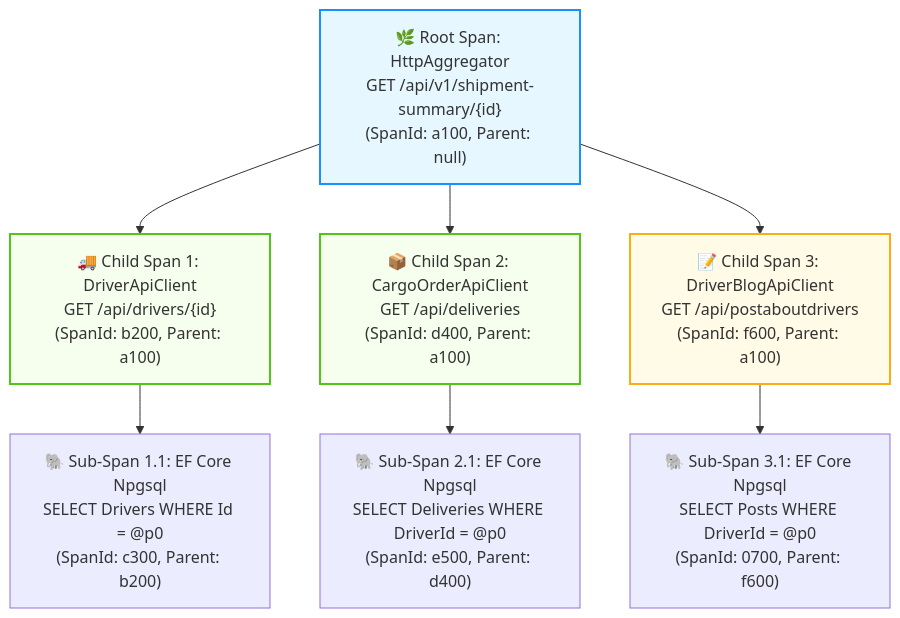
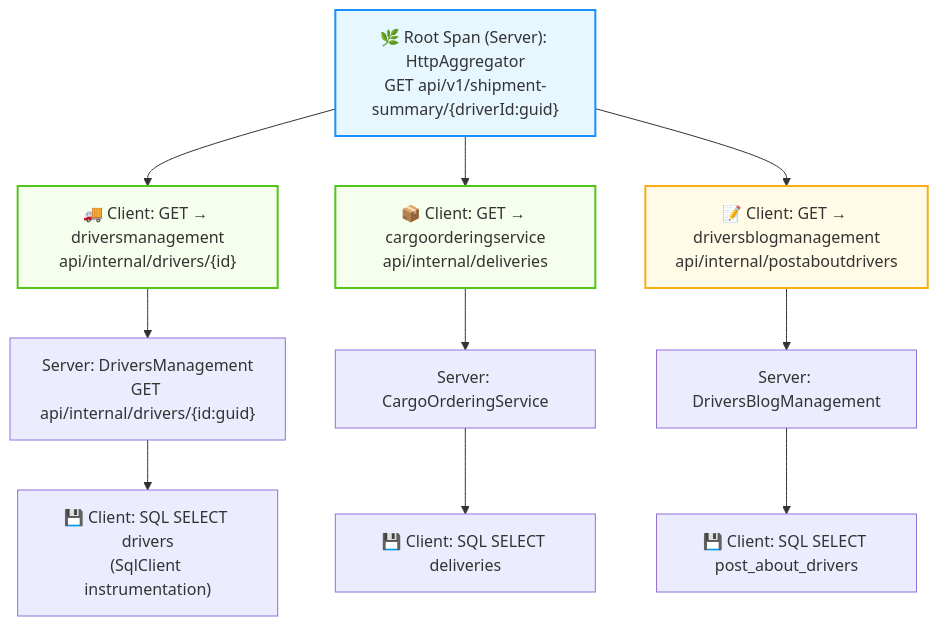
One commit to MrTomkaYurii/Demo-CargoDeliveryService changed the second of 6 diagrams in 02-Microservices-Craftsman/02-01-Aspire-Documentation/04_Distributed_Tracing_OpenTelemetry_Guide.md. Above: the diagram before and after it, drawn with Mermaid. The commit also changed other lines of this file and 227 other files, not shown here.

````diff
--- a/02-Microservices-Craftsman/02-01-Aspire-Documentation/04_Distributed_Tracing_OpenTelemetry_Guide.md
+++ b/02-Microservices-Craftsman/02-01-Aspire-Documentation/04_Distributed_Tracing_OpenTelemetry_Guide.md
@@ -90,18 +94,21 @@
 ```mermaid
 graph TD
-    Root["🌿 Root Span: HttpAggregator<br/>GET /api/v1/shipment-summary/{id}<br/>(SpanId: a100, Parent: null)"]
+    Root["🌿 Root Span (Server): HttpAggregator<br/>GET api/v1/shipment-summary/{driverId:guid}"]
     
-    Root --> S1["🚚 Child Span 1: DriverApiClient<br/>GET /api/drivers/{id}<br/>(SpanId: b200, Parent: a100)"]
-    S1 --> S1_1["🐘 Sub-Span 1.1: EF Core Npgsql<br/>SELECT Drivers WHERE Id = @p0<br/>(SpanId: c300, Parent: b200)"]
+    Root --> S1["🚚 Client: GET → driversmanagement<br/>api/internal/drivers/{id}"]
+    S1 --> S1s["Server: DriversManagement<br/>GET api/internal/drivers/{id:guid}"]
+    S1s --> S1_1["💾 Client: SQL SELECT drivers<br/>(SqlClient instrumentation)"]
     
-    Root --> S2["📦 Child Span 2: CargoOrderApiClient<br/>GET /api/deliveries<br/>(SpanId: d400, Parent: a100)"]
-    S2 --> S2_1["🐘 Sub-Span 2.1: EF Core Npgsql<br/>SELECT Deliveries WHERE DriverId = @p0<br/>(SpanId: e500, Parent: d400)"]
+    Root --> S2["📦 Client: GET → cargoorderingservice<br/>api/internal/deliveries"]
+    S2 --> S2s["Server: CargoOrderingService"]
+    S2s --> S2_1["💾 Client: SQL SELECT deliveries"]
     
-    Root --> S3["📝 Child Span 3: DriverBlogApiClient<br/>GET /api/postaboutdrivers<br/>(SpanId: f600, Parent: a100)"]
-    S3 --> S3_1["🐘 Sub-Span 3.1: EF Core Npgsql<br/>SELECT Posts WHERE DriverId = @p0<br/>(SpanId: 0700, Parent: f600)"]
+    Root --> S3["📝 Client: GET → driversblogmanagement<br/>api/internal/postaboutdrivers"]
+    S3 --> S3s["Server: DriversBlogManagement"]
+    S3s --> S3_1["💾 Client: SQL SELECT post_about_drivers"]
 
     style Root fill:#e6f7ff,stroke:#1890ff,stroke-width:2px;
     style S1 fill:#f6ffed,stroke:#52c41a,stroke-width:2px;
     style S2 fill:#f6ffed,stroke:#52c41a,stroke-width:2px;
     style S3 fill:#fffbe6,stroke:#faad14,stroke-width:2px;
 ```
````
